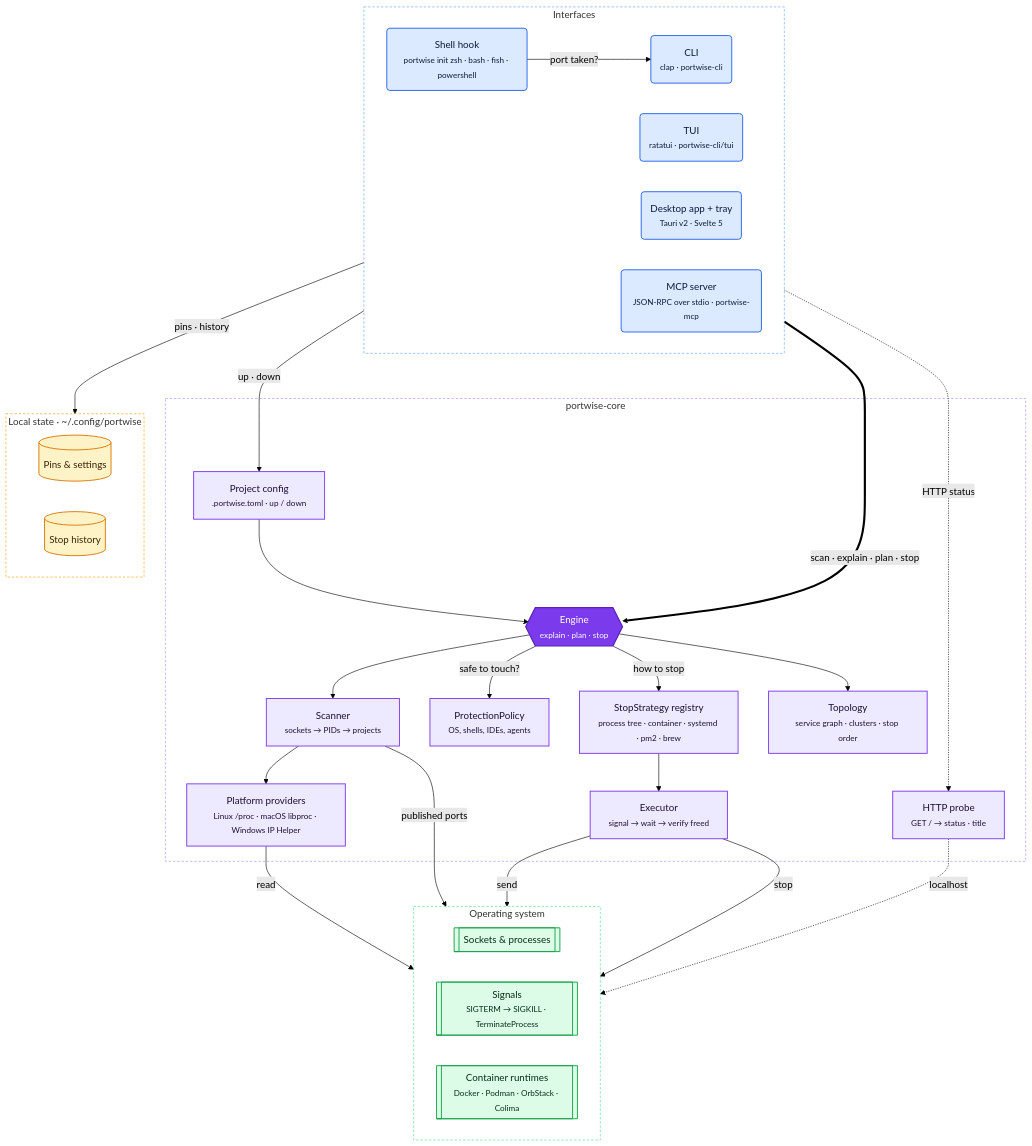
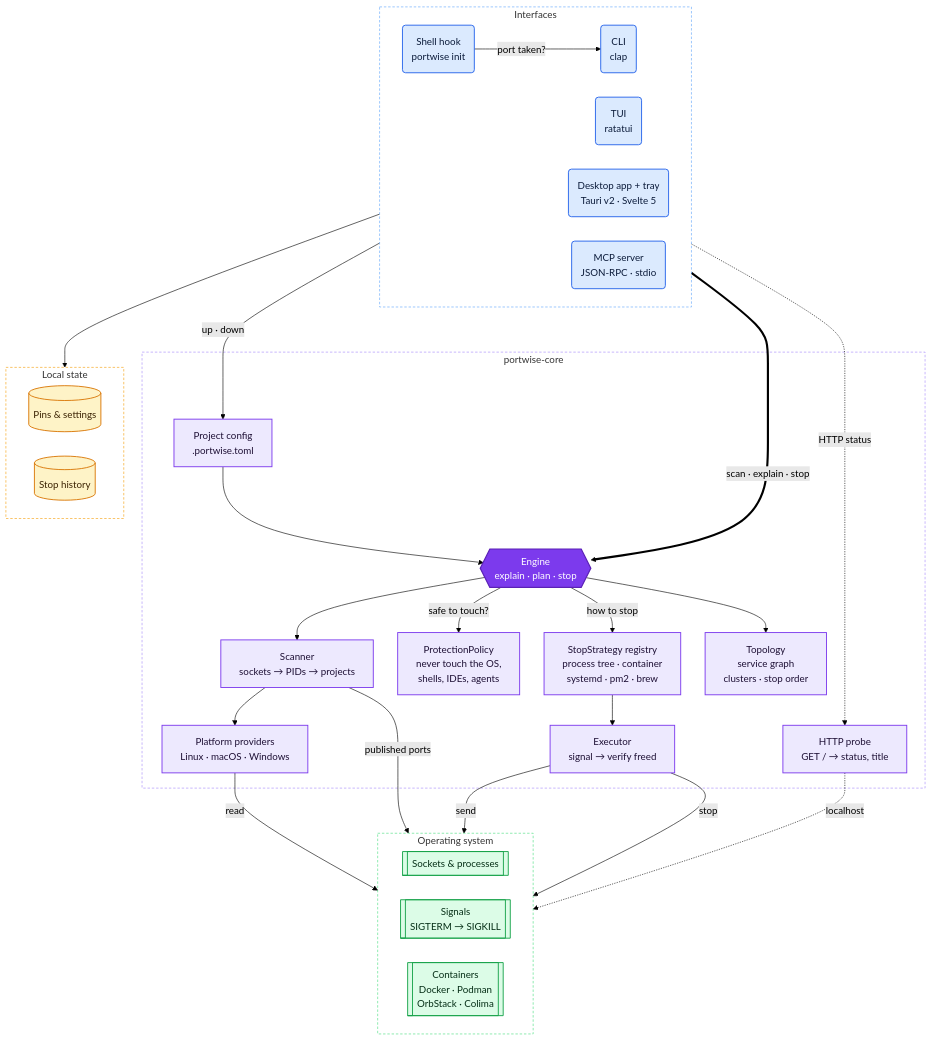
One commit to santoshshinde2012/holdmap changed the diagram in README.md. Above: the diagram before and after it, drawn with Mermaid (forest theme). The commit also changed 1 other file, not shown here.

Commit message:
docs(architecture): shorter labels so the diagram doesn't clip on GitHub

````diff
--- a/README.md
+++ b/README.md
@@ -192,72 +192,73 @@
 ```mermaid
+%%{init: {"flowchart": {"wrappingWidth": 260, "nodeSpacing": 40, "rankSpacing": 50}}}%%
 flowchart TB
   subgraph IF["Interfaces"]
     direction LR
-    HOOK("Shell hook<br/><small>portwise init zsh · bash · fish · powershell</small>")
-    CLI("CLI<br/><small>clap · portwise-cli</small>")
-    TUI("TUI<br/><small>ratatui · portwise-cli/tui</small>")
-    DESK("Desktop app + tray<br/><small>Tauri v2 · Svelte 5</small>")
-    MCP("MCP server<br/><small>JSON-RPC over stdio · portwise-mcp</small>")
+    HOOK("Shell hook<br/>portwise init")
+    CLI("CLI<br/>clap")
+    TUI("TUI<br/>ratatui")
+    DESK("Desktop app + tray<br/>Tauri v2 · Svelte 5")
+    MCP("MCP server<br/>JSON-RPC · stdio")
   end
 
   subgraph CORE["portwise-core"]
-    ENG{{"Engine<br/><small>explain · plan · stop</small>"}}
-    SCAN["Scanner<br/><small>sockets → PIDs → projects</small>"]
-    PROV["Platform providers<br/><small>Linux /proc · macOS libproc · Windows IP Helper</small>"]
-    POL["ProtectionPolicy<br/><small>OS, shells, IDEs, agents</small>"]
-    REG["StopStrategy registry<br/><small>process tree · container · systemd · pm2 · brew</small>"]
-    EXEC["Executor<br/><small>signal → wait → verify freed</small>"]
-    TOPO["Topology<br/><small>service graph · clusters · stop order</small>"]
-    HTTP["HTTP probe<br/><small>GET / → status · title</small>"]
-    STACK["Project config<br/><small>.portwise.toml · up / down</small>"]
+    ENG{{"Engine<br/>explain · plan · stop"}}
+    SCAN["Scanner<br/>sockets → PIDs → projects"]
+    PROV["Platform providers<br/>Linux · macOS · Windows"]
+    POL["ProtectionPolicy<br/>never touch the OS,<br/>shells, IDEs, agents"]
+    REG["StopStrategy registry<br/>process tree · container<br/>systemd · pm2 · brew"]
+    EXEC["Executor<br/>signal → verify freed"]
+    TOPO["Topology<br/>service graph<br/>clusters · stop order"]
+    HTTP["HTTP probe<br/>GET / → status, title"]
+    STACK["Project config<br/>.portwise.toml"]
   end
 
   subgraph OS["Operating system"]
     direction LR
     SOCK[["Sockets & processes"]]
-    SIG[["Signals<br/><small>SIGTERM → SIGKILL · TerminateProcess</small>"]]
-    CTR[["Container runtimes<br/><small>Docker · Podman · OrbStack · Colima</small>"]]
+    SIG[["Signals<br/>SIGTERM → SIGKILL"]]
+    CTR[["Containers<br/>Docker · Podman<br/>OrbStack · Colima"]]
   end
 
-  subgraph ST["Local state · ~/.config/portwise"]
+  subgraph ST["Local state"]
     direction LR
     PINS[("Pins & settings")]
     HIST[("Stop history")]
   end
 
   HOOK -->|"port taken?"| CLI
 
-  IF ==>|"scan · explain · plan · stop"| ENG
+  IF ==>|"scan · explain · stop"| ENG
   IF -.->|"HTTP status"| HTTP
-  IF -->|"pins · history"| ST
+  IF --> ST
   CLI -->|"up · down"| STACK
   STACK --> ENG
 
   ENG --> SCAN
   SCAN --> PROV
   ENG -->|"safe to touch?"| POL
   ENG -->|"how to stop"| REG
   ENG --> TOPO
   REG --> EXEC
 
   PROV -->|"read"| SOCK
   SCAN -->|"published ports"| CTR
   EXEC -->|"send"| SIG
   EXEC -->|"stop"| CTR
   HTTP -.->|"localhost"| SOCK
 
   classDef iface fill:#dbeafe,stroke:#2563eb,stroke-width:1.5px,color:#0b1b3a
   classDef core fill:#ede9fe,stroke:#7c3aed,stroke-width:1.5px,color:#1e1035
   classDef engine fill:#7c3aed,stroke:#5b21b6,stroke-width:2px,color:#ffffff
   classDef os fill:#dcfce7,stroke:#16a34a,stroke-width:1.5px,color:#052e16
   classDef state fill:#fef3c7,stroke:#d97706,stroke-width:1.5px,color:#3b2203
   class HOOK,CLI,TUI,DESK,MCP iface
   class SCAN,PROV,POL,REG,EXEC,TOPO,HTTP,STACK core
   class ENG engine
   class SOCK,SIG,CTR os
   class PINS,HIST state
   style IF fill:transparent,stroke:#60a5fa,stroke-dasharray:4 3
   style CORE fill:transparent,stroke:#a78bfa,stroke-dasharray:4 3
   style OS fill:transparent,stroke:#4ade80,stroke-dasharray:4 3
   style ST fill:transparent,stroke:#f59e0b,stroke-dasharray:4 3
 ```
````
